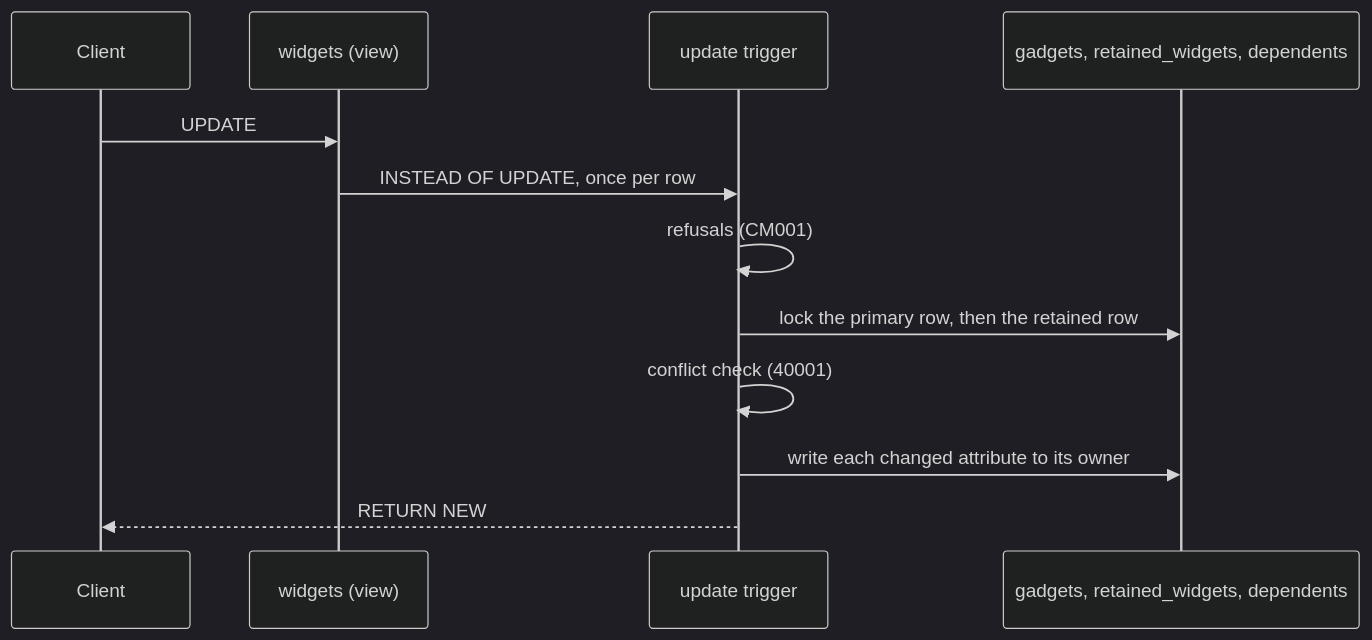
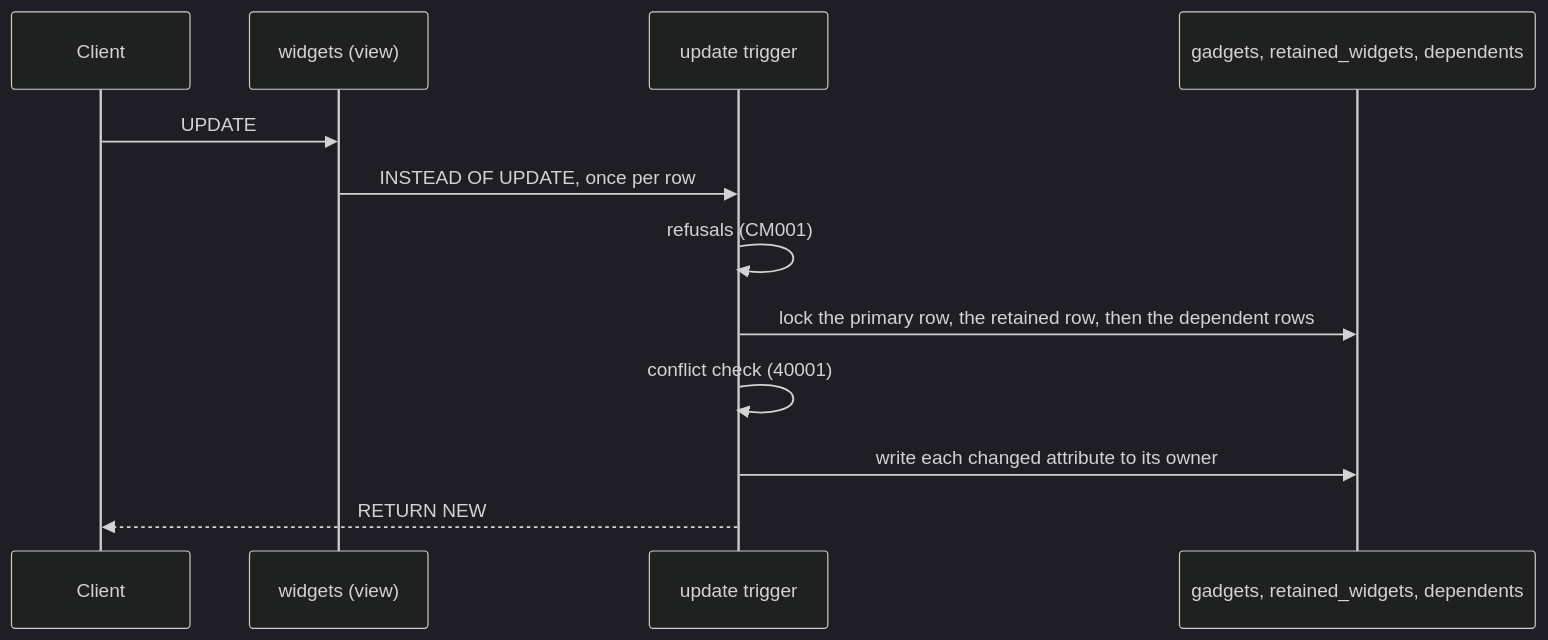
The diagram in docs/flows/writing-through-the-view.md (AryeoHQ/eloquent-compatibility), drawn with Mermaid (dark theme) before and after one commit. The commit also changed other lines of this file and 45 other files, not shown here.

````diff
--- a/docs/flows/writing-through-the-view.md
+++ b/docs/flows/writing-through-the-view.md
@@ -5,14 +5,14 @@
 ```mermaid
 sequenceDiagram
   participant Client
   participant View as widgets (view)
   participant Trigger as update trigger
   participant Tables as gadgets, retained_widgets, dependents
   Client->>View: UPDATE
   View->>Trigger: INSTEAD OF UPDATE, once per row
   Trigger->>Trigger: refusals (CM001)
-  Trigger->>Tables: lock the primary row, then the retained row
+  Trigger->>Tables: lock the primary row, the retained row, then the dependent rows
   Trigger->>Trigger: conflict check (40001)
   Trigger->>Tables: write each changed attribute to its owner
   Trigger-->>Client: RETURN NEW
 ```
````
